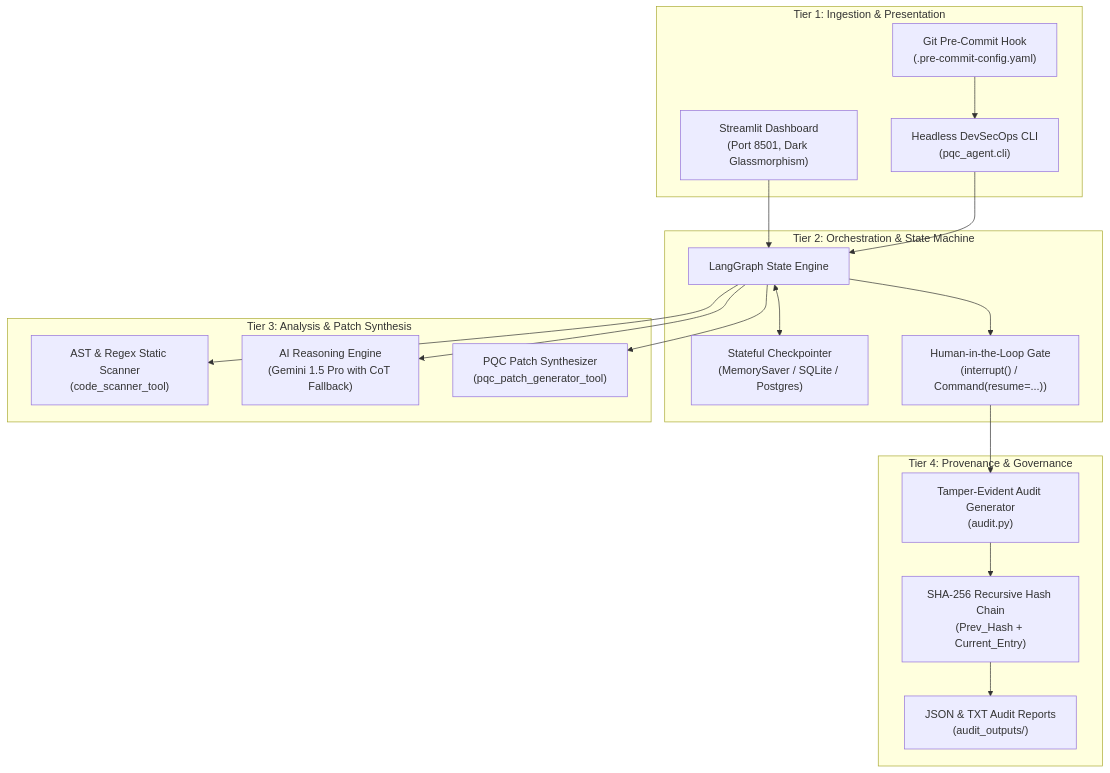
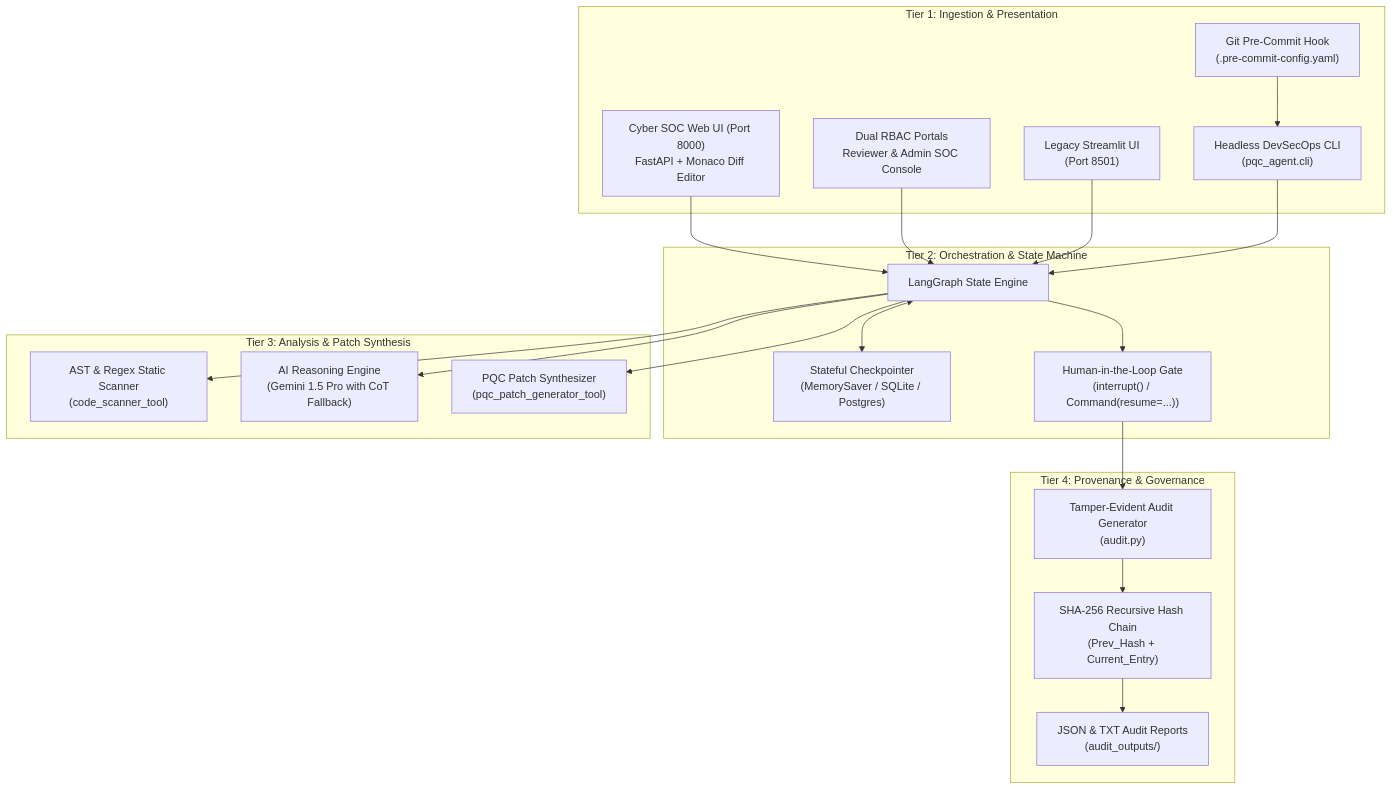
The second of 3 diagrams in docs/devsecops_ai_architecture_blueprint.md (biskutkacangg/Quantum-Safe-Secure-Code-Reviewer), drawn with Mermaid before and after one commit. The commit also changed other lines of this file and 18 other files, not shown here.

Commit message:
docs(reports): update documentation, blueprints, and reports suite to reflect Cyber SOC web UI and RBAC console

````diff
--- a/docs/devsecops_ai_architecture_blueprint.md
+++ b/docs/devsecops_ai_architecture_blueprint.md
@@ -70,39 +70,43 @@
 ```mermaid
 graph TB
     subgraph "Tier 1: Ingestion & Presentation"
-        UI["Streamlit Dashboard<br/>(Port 8501, Dark Glassmorphism)"]
+        SOC["Cyber SOC Web UI (Port 8000)<br/>FastAPI + Monaco Diff Editor"]
+        RBAC["Dual RBAC Portals<br/>Reviewer & Admin SOC Console"]
         CLI["Headless DevSecOps CLI<br/>(pqc_agent.cli)"]
         HOOK["Git Pre-Commit Hook<br/>(.pre-commit-config.yaml)"]
+        LEGACY["Legacy Streamlit UI<br/>(Port 8501)"]
     end
 
     subgraph "Tier 2: Orchestration & State Machine"
         LG["LangGraph State Engine"]
         MEM["Stateful Checkpointer<br/>(MemorySaver / SQLite / Postgres)"]
         HITL["Human-in-the-Loop Gate<br/>(interrupt() / Command(resume=...))"]
     end
 
     subgraph "Tier 3: Analysis & Patch Synthesis"
         SCAN["AST & Regex Static Scanner<br/>(code_scanner_tool)"]
         LLM["AI Reasoning Engine<br/>(Gemini 1.5 Pro with CoT Fallback)"]
         PATCH["PQC Patch Synthesizer<br/>(pqc_patch_generator_tool)"]
     end
 
     subgraph "Tier 4: Provenance & Governance"
         AUDIT["Tamper-Evident Audit Generator<br/>(audit.py)"]
         CHAIN["SHA-256 Recursive Hash Chain<br/>(Prev_Hash + Current_Entry)"]
         OUT["JSON & TXT Audit Reports<br/>(audit_outputs/)"]
     end
 
-    UI --> LG
+    SOC --> LG
+    RBAC --> LG
+    LEGACY --> LG
     CLI --> LG
     HOOK --> CLI
 
     LG <--> MEM
     LG --> SCAN
     LG --> LLM
     LG --> PATCH
     LG --> HITL
     HITL --> AUDIT
     AUDIT --> CHAIN
     CHAIN --> OUT
 ```
````
